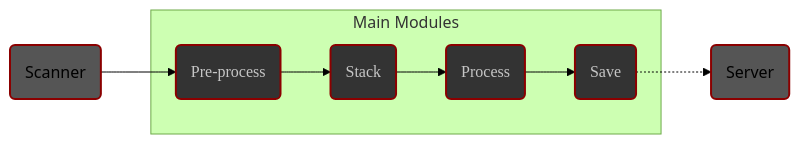
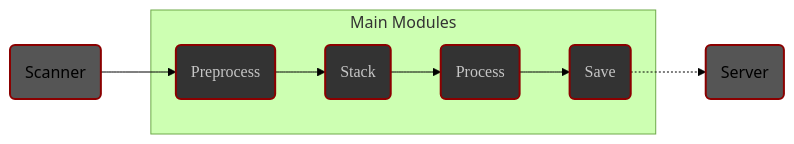
One commit to deufrai/als changed the diagram in content/en/docs/v0.7/user-guide/concepts/_index.md. Above: the diagram before and after it, drawn with Mermaid (forest theme). The commit also changed other lines of this file and 13 other files, not shown here.

Commit message:
rename pre-process module to preprocess, everywhere

````diff
--- a/content/en/docs/v0.7/user-guide/concepts/_index.md
+++ b/content/en/docs/v0.7/user-guide/concepts/_index.md
@@ -37,17 +37,17 @@
 ```mermaid
 graph LR
 subgraph Main Modules
-    B(Pre-process) --> C(Stack)
+    B(Preprocess) --> C(Stack)
     C --> D(Process)
     D --> E(Save)
 end
 A(Scanner) --> B
 E -.-> F(Server)
 
 style A fill:#555,stroke:darkred,stroke-width:2px
 style B fill:#333,stroke:darkred,stroke-width:2px,color:#c6c6c6,font-family:'Poppins',sans-serif
 style C fill:#333,stroke:darkred,stroke-width:2px,color:#c6c6c6,font-family:'Poppins',sans-serif
 style D fill:#333,stroke:darkred,stroke-width:2px,color:#c6c6c6,font-family:'Poppins',sans-serif
 style E fill:#333,stroke:darkred,stroke-width:2px,color:#c6c6c6,font-family:'Poppins',sans-serif
 style F fill:#555,stroke:darkred,stroke-width:2px
 ```
````
